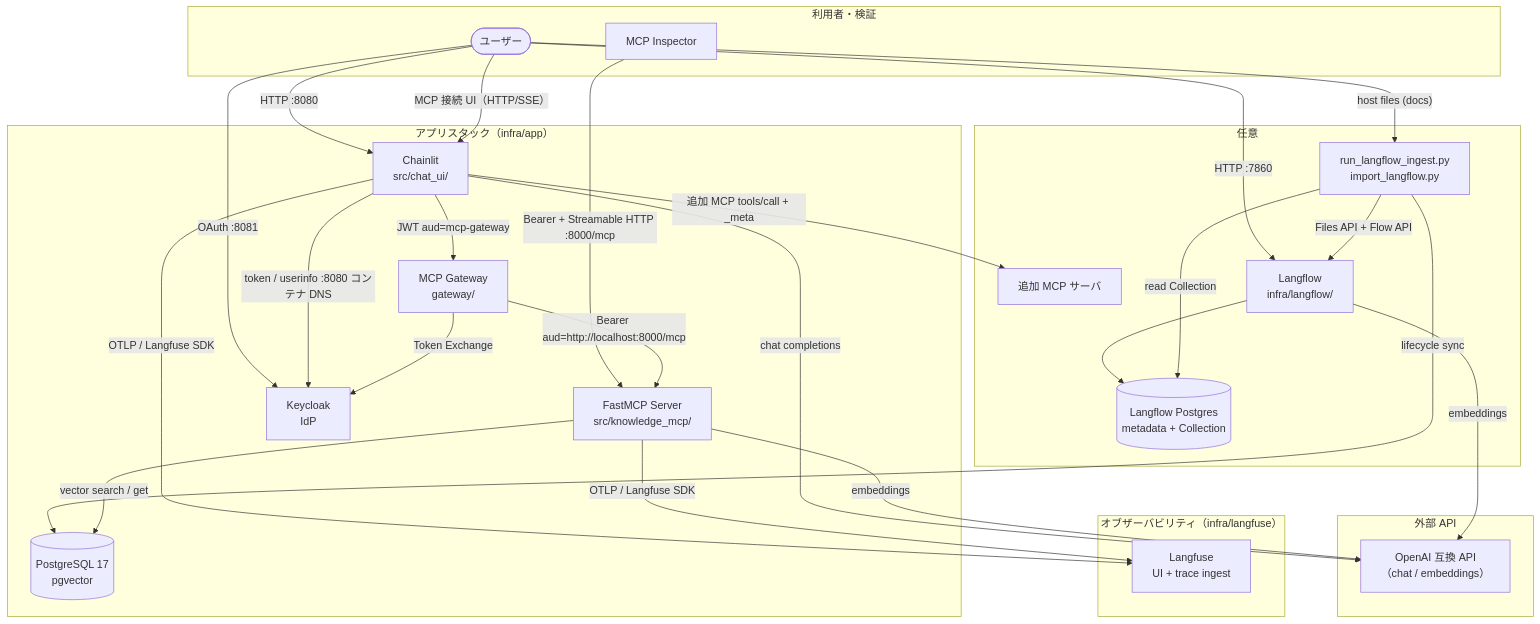
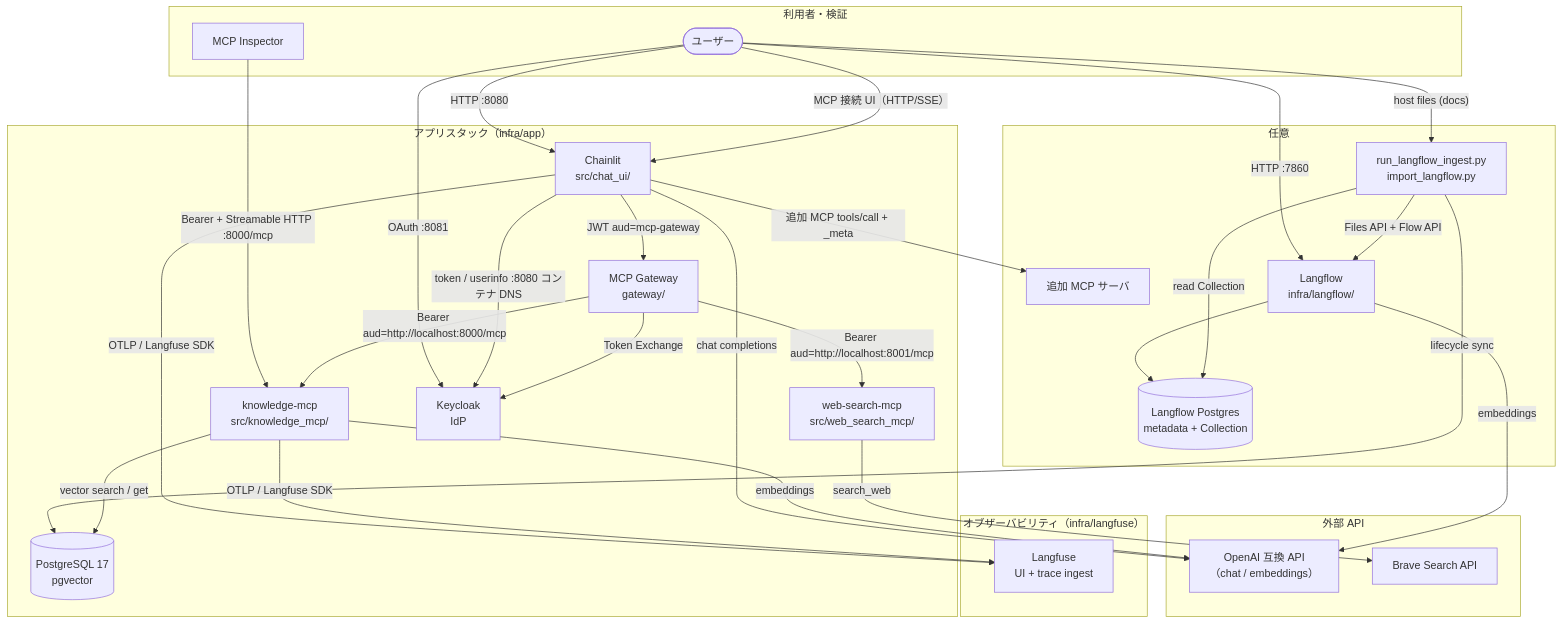
The first of 2 diagrams in docs/current/architecture.md (s-kodani/template-ai-coding), drawn with Mermaid before and after one commit. The commit also changed other lines of this file and 10 other files, not shown here.

First line of the commit message:
docs: README/docs の web-search-mcp 追加後の不整合を解消 (#87)

````diff
--- a/docs/current/architecture.md
+++ b/docs/current/architecture.md
@@ -29,52 +30,56 @@
 ```mermaid
 flowchart TB
     subgraph users["利用者・検証"]
         User([ユーザー])
         Inspector[MCP Inspector]
     end
 
     subgraph app["アプリスタック（infra/app）"]
         Chainlit["Chainlit<br/>src/chat_ui/"]
         Gateway["MCP Gateway<br/>gateway/"]
-        MCP["FastMCP Server<br/>src/knowledge_mcp/"]
+        MCP["knowledge-mcp<br/>src/knowledge_mcp/"]
+        WebMCP["web-search-mcp<br/>src/web_search_mcp/"]
         PG[("PostgreSQL 17<br/>pgvector")]
         Keycloak["Keycloak<br/>IdP"]
     end
 
     subgraph external["外部 API"]
         LLM["OpenAI 互換 API<br/>（chat / embeddings）"]
+        Brave["Brave Search API"]
     end
 
     subgraph observability["オブザーバビリティ（infra/langfuse）"]
         Langfuse["Langfuse<br/>UI + trace ingest"]
     end
 
     subgraph optional["任意"]
         ExtraMCP[追加 MCP サーバ]
         Langflow["Langflow<br/>infra/langflow/"]
         LFPG[("Langflow Postgres<br/>metadata + Collection")]
         Adapter["run_langflow_ingest.py\nimport_langflow.py"]
     end
 
     User -->|HTTP :8080| Chainlit
     User -->|OAuth :8081| Keycloak
     Chainlit -->|token / userinfo :8080 コンテナ DNS| Keycloak
     User -->|HTTP :7860| Langflow
     User -->|"host files (docs)"| Adapter
     Adapter -->|"Files API + Flow API"| Langflow
     Langflow --> LFPG
     Langflow -->|embeddings| LLM
     Adapter -->|read Collection| LFPG
     Adapter -->|lifecycle sync| PG
     User -->|"MCP 接続 UI（HTTP/SSE）"| Chainlit
     Inspector -->|"Bearer + Streamable HTTP :8000/mcp"| MCP
     Chainlit -->|"JWT aud=mcp-gateway"| Gateway
     Gateway -->|Token Exchange| Keycloak
     Gateway -->|"Bearer aud=http://localhost:8000/mcp"| MCP
+    Gateway -->|"Bearer aud=http://localhost:8001/mcp"| WebMCP
     Chainlit -->|追加 MCP tools/call + _meta| ExtraMCP
     Chainlit -->|chat completions| LLM
     MCP -->|vector search / get| PG
     MCP -->|embeddings| LLM
+    WebMCP -->|search_web| Brave
     Chainlit -->|OTLP / Langfuse SDK| Langfuse
     MCP -->|OTLP / Langfuse SDK| Langfuse
 ```
````
